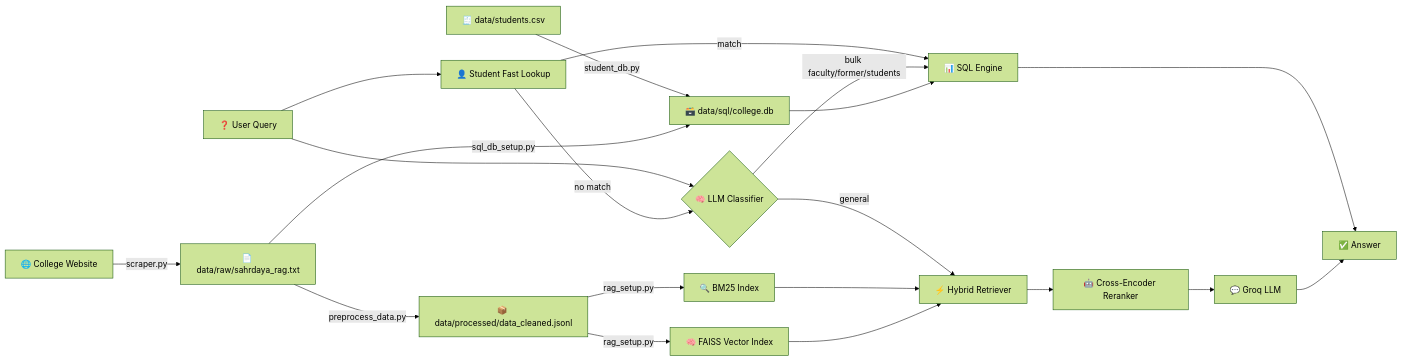
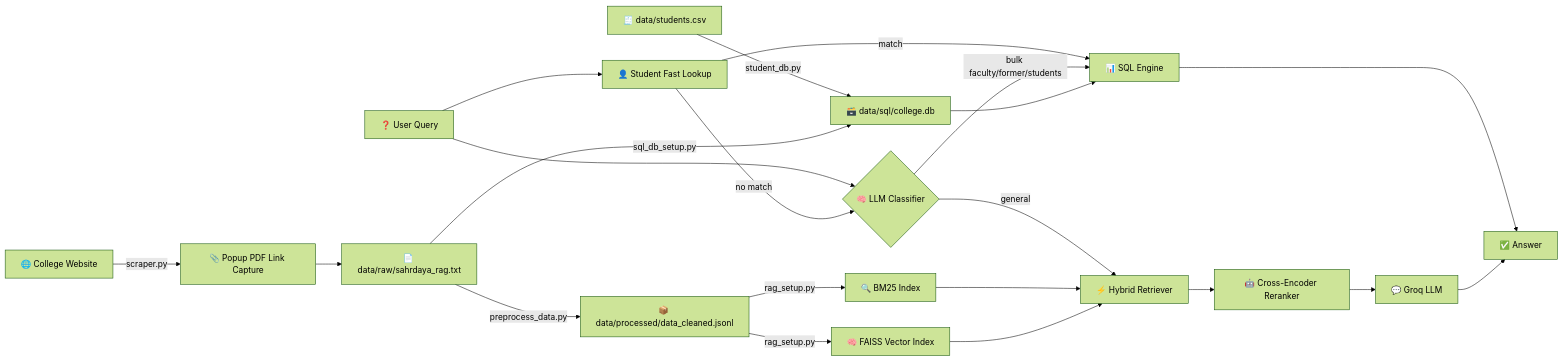
Before and after one commit to arxhr007/sahrdaya_ragx: the first of 17 diagrams in docs/WORKING.md, drawn with Mermaid (forest theme). The commit also changed other lines of this file and 1 other file, not shown here.

Commit message:
feat: enhance scraper to capture modal-driven PDF links and update documentation

````diff
--- a/docs/WORKING.md
+++ b/docs/WORKING.md
@@ -21,22 +21,23 @@
 ```mermaid
 flowchart LR
-    A[🌐 College Website] -->|scraper.py| B[📄 data/raw/sahrdaya_rag.txt]
+    A[🌐 College Website] -->|scraper.py| AP[📎 Popup PDF Link Capture]
+    AP --> B[📄 data/raw/sahrdaya_rag.txt]
   SCSV[🧾 data/students.csv] -->|student_db.py| I[🗃️ data/sql/college.db]
     B -->|preprocess_data.py| C[📦 data/processed/data_cleaned.jsonl]
     B -->|sql_db_setup.py| I[🗃️ data/sql/college.db]
     C -->|rag_setup.py| D[🔍 BM25 Index]
     C -->|rag_setup.py| E[🧠 FAISS Vector Index]
     F[❓ User Query] --> G{🧠 LLM Classifier}
   F --> FS[👤 Student Fast Lookup]
   FS -->|match| H[📊 SQL Engine]
   FS -->|no match| G
   G -->|bulk faculty/former/students| H
     I --> H
     G -->|general| J[⚡ Hybrid Retriever]
     D --> J
     E --> J
     J --> K[🤖 Cross-Encoder Reranker]
     K --> L[💬 Groq LLM]
     H --> M[✅ Answer]
     L --> M
 ```
````
